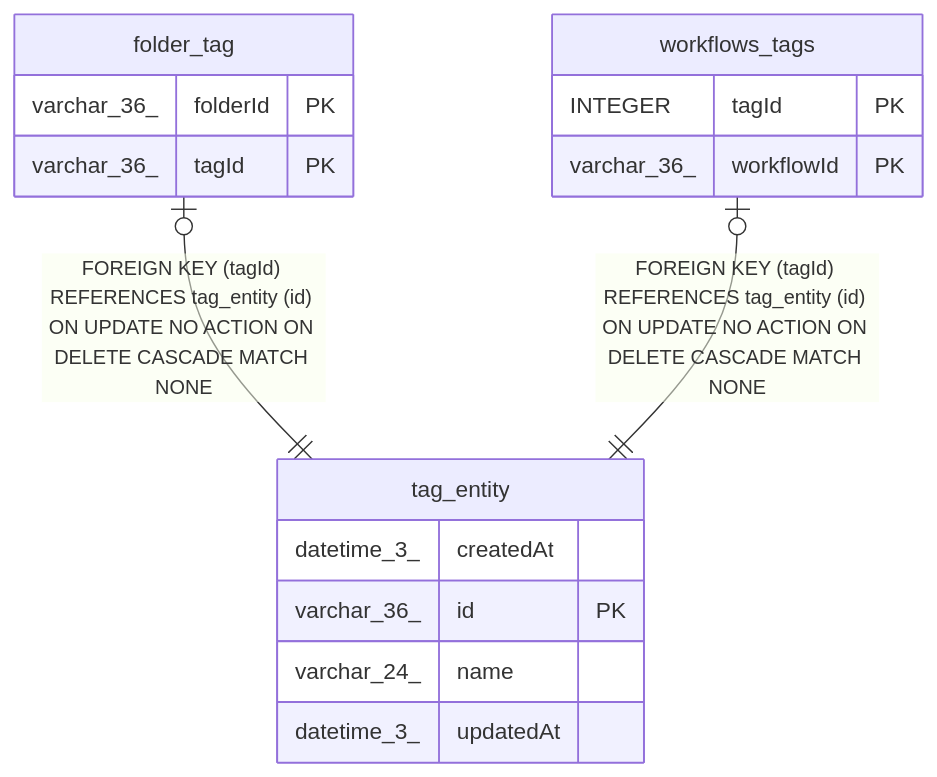
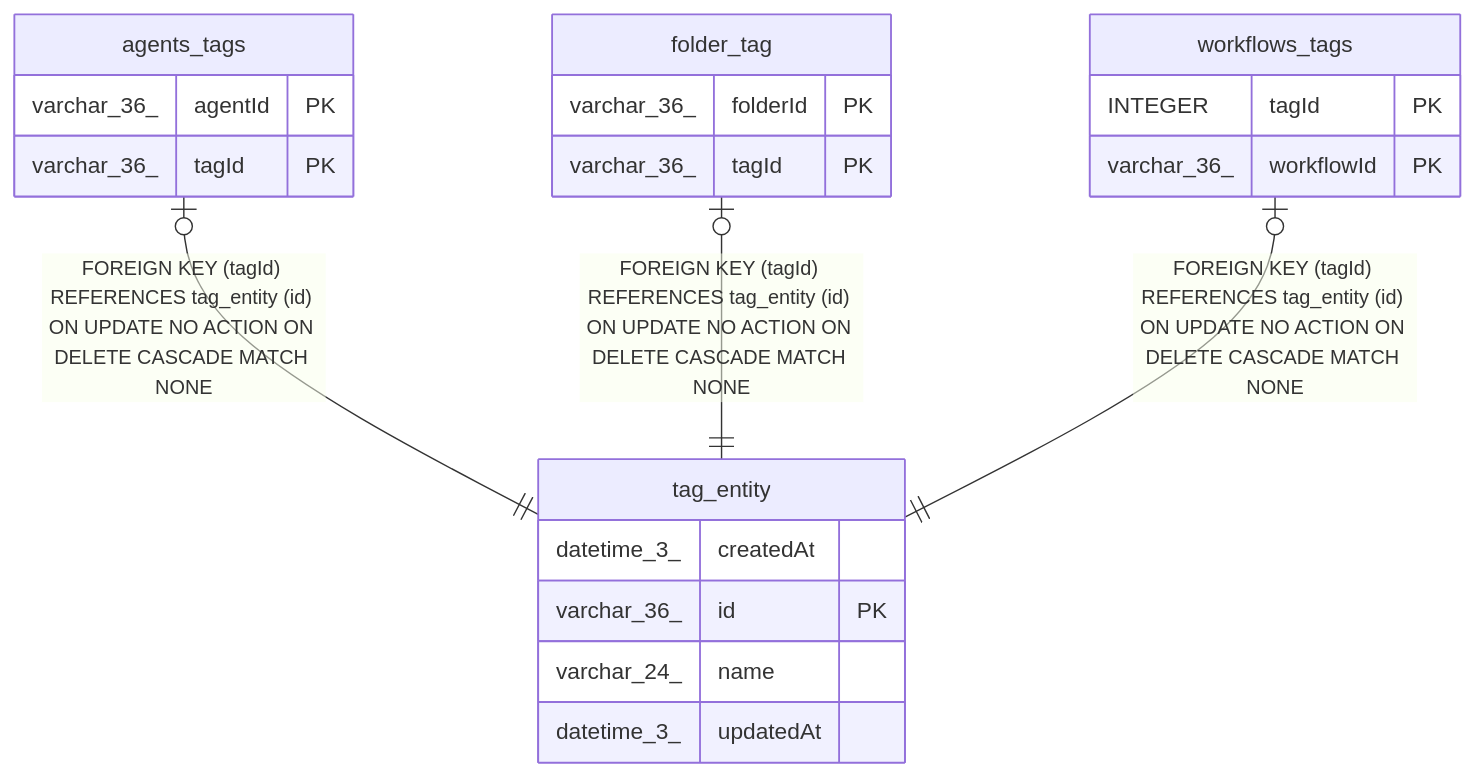
Before and after one commit to koreatest12/studys: the diagram in n8n_integration/n8n_source/docs/generated/sqlite-schema/tag_entity.md, drawn with Mermaid. The commit also changed other lines of this file and 23019 other files, not shown here.

````diff
--- a/n8n_integration/n8n_source/docs/generated/sqlite-schema/tag_entity.md
+++ b/n8n_integration/n8n_source/docs/generated/sqlite-schema/tag_entity.md
@@ -39,21 +39,26 @@
 ```mermaid
 erDiagram
 
+"agents_tags" |o--|| "tag_entity" : "FOREIGN KEY (tagId) REFERENCES tag_entity (id) ON UPDATE NO ACTION ON DELETE CASCADE MATCH NONE"
 "folder_tag" |o--|| "tag_entity" : "FOREIGN KEY (tagId) REFERENCES tag_entity (id) ON UPDATE NO ACTION ON DELETE CASCADE MATCH NONE"
 "workflows_tags" |o--|| "tag_entity" : "FOREIGN KEY (tagId) REFERENCES tag_entity (id) ON UPDATE NO ACTION ON DELETE CASCADE MATCH NONE"
 
 "tag_entity" {
   datetime_3_ createdAt
   varchar_36_ id PK
   varchar_24_ name
   datetime_3_ updatedAt
+}
+"agents_tags" {
+  varchar_36_ agentId PK
+  varchar_36_ tagId PK
 }
 "folder_tag" {
   varchar_36_ folderId PK
   varchar_36_ tagId PK
 }
 "workflows_tags" {
   INTEGER tagId PK
   varchar_36_ workflowId PK
 }
 ```
````
